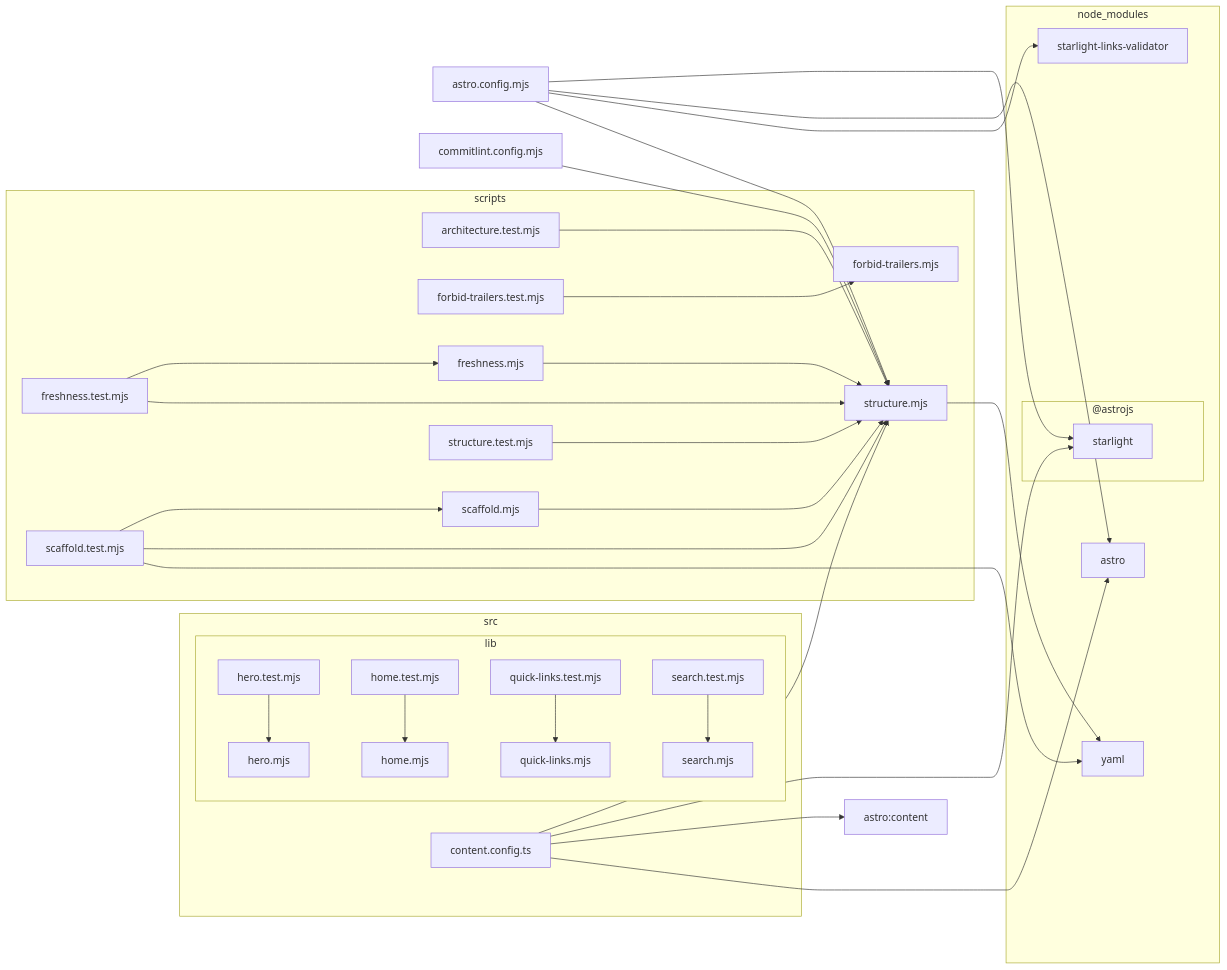
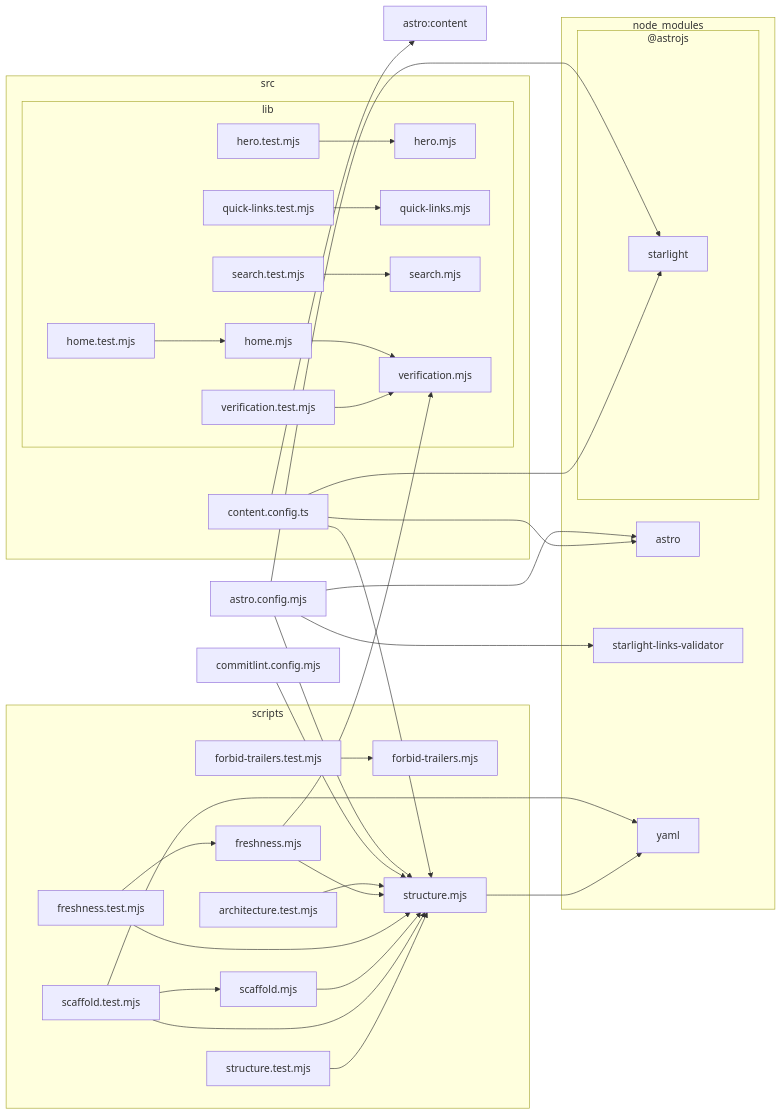
Before and after one commit to FilipTw/claude-craft: the diagram in docs/architecture.mmd, drawn with Mermaid. The commit also changed 8 other files, not shown here.

```diff
--- a/docs/architecture.mmd
+++ b/docs/architecture.mmd
@@ -1,61 +1,66 @@
 flowchart LR
 
 0["astro.config.mjs"]
 1["astro:content"]
 2["commitlint.config.mjs"]
 subgraph 3["node_modules"]
 subgraph 4["@astrojs"]
 5["starlight"]
 end
 6["astro"]
 7["starlight-links-validator"]
 8["yaml"]
 end
 subgraph 9["scripts"]
 A["architecture.test.mjs"]
 B["forbid-trailers.mjs"]
 C["forbid-trailers.test.mjs"]
 D["freshness.mjs"]
 E["freshness.test.mjs"]
 F["scaffold.mjs"]
 G["scaffold.test.mjs"]
 H["structure.mjs"]
 I["structure.test.mjs"]
 end
 subgraph J["src"]
 K["content.config.ts"]
 subgraph L["lib"]
 M["hero.mjs"]
 N["hero.test.mjs"]
 O["home.mjs"]
 P["home.test.mjs"]
 Q["quick-links.mjs"]
 R["quick-links.test.mjs"]
 S["search.mjs"]
 T["search.test.mjs"]
+U["verification.mjs"]
+V["verification.test.mjs"]
 end
 end
 0-->H
 0-->5
 0-->6
 0-->7
 2-->H
 A-->H
 C-->B
+D-->U
 D-->H
 E-->D
 E-->H
 F-->H
 G-->F
 G-->H
 G-->8
 H-->8
 I-->H
 K-->H
 K-->5
 K-->1
 K-->6
 N-->M
+O-->U
 P-->O
 R-->Q
 T-->S
+V-->U
```
